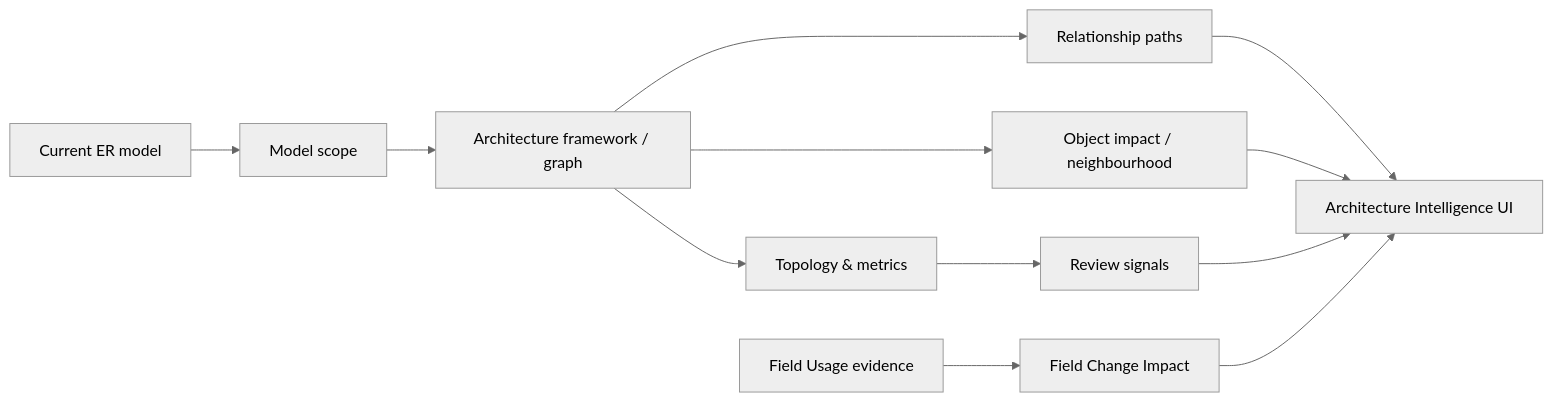
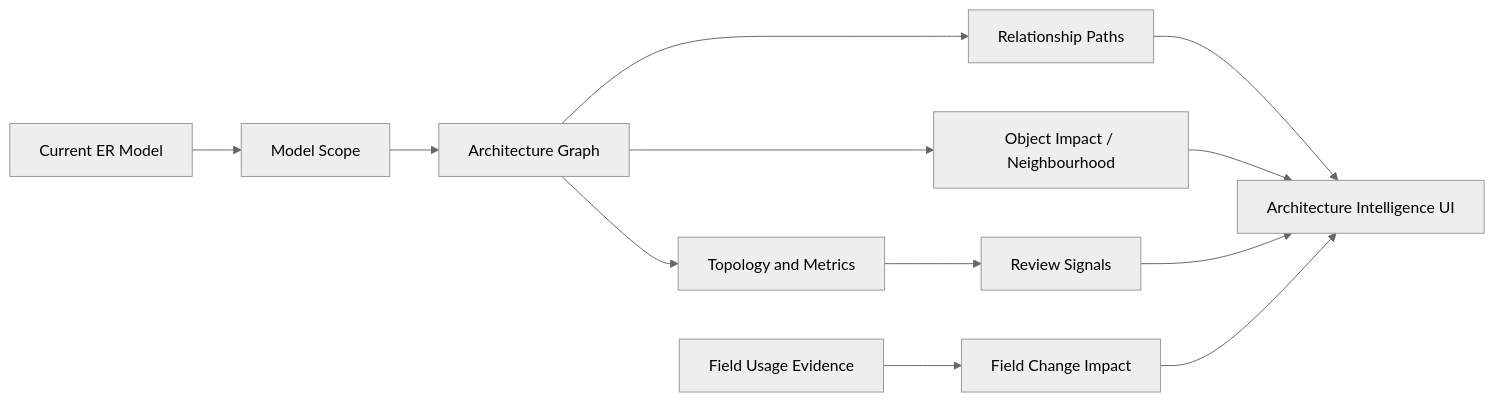
Before and after one commit to vikascohen/Salesforce-ER-Modeller-Studio: the fourth of 8 diagrams in docs/ARCHITECTURE.md, drawn with Mermaid (neutral theme). The commit also changed other lines of this file, not shown here.

Commit message:
Consolidate V3 architecture documentation

````diff
--- a/docs/ARCHITECTURE.md
+++ b/docs/ARCHITECTURE.md
@@ -121,14 +189,14 @@
 ```mermaid
 flowchart LR
-    M[Current ER model] --> S[Model scope]
-    S --> F[Architecture framework / graph]
-    F --> T[Topology & metrics]
-    F --> P[Relationship paths]
-    F --> I[Object impact / neighbourhood]
-    T --> R[Review signals]
+    M[Current ER Model] --> S[Model Scope]
+    S --> F[Architecture Graph]
+    F --> T[Topology and Metrics]
+    F --> P[Relationship Paths]
+    F --> I[Object Impact / Neighbourhood]
+    T --> R[Review Signals]
     P --> UI[Architecture Intelligence UI]
     I --> UI
     R --> UI
-    E[Field Usage evidence] --> CI[Field Change Impact]
+    E[Field Usage Evidence] --> CI[Field Change Impact]
     CI --> UI
 ```
````
